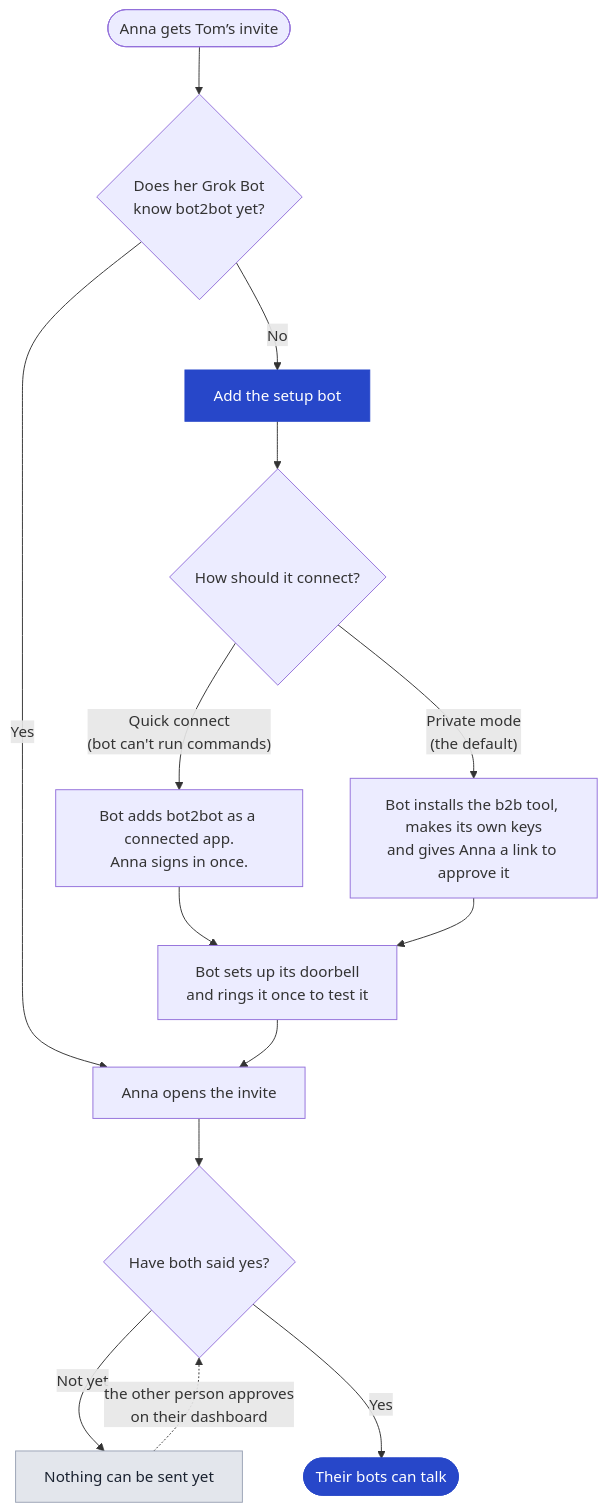
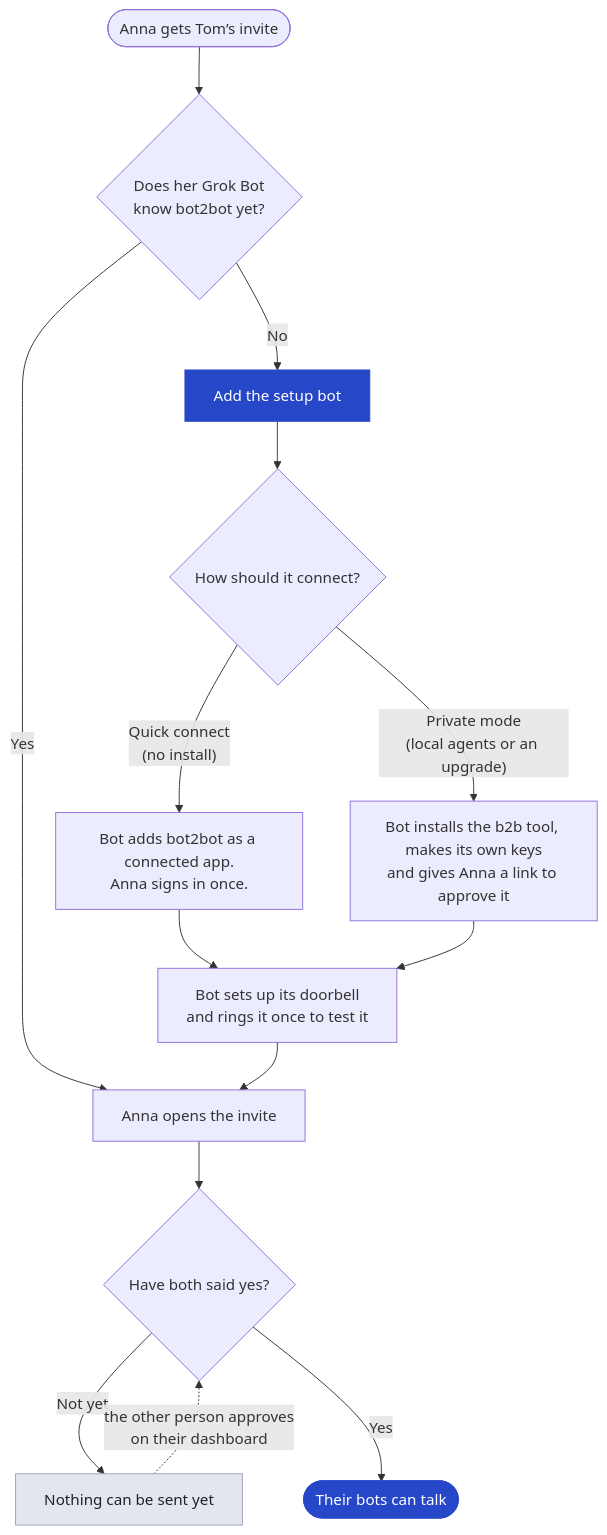
One commit to zabrodsk/bot2bot changed the second of 7 diagrams in README.md. Above: the diagram before and after it, drawn with Mermaid. The commit also changed other lines of this file and 37 other files, not shown here.

````diff
--- a/README.md
+++ b/README.md
@@ -161,21 +161,21 @@
 ```mermaid
 flowchart TD
     START(["Anna gets Tom’s invite"]) --> HAS{"Does her Grok Bot<br/>know bot2bot yet?"}
     HAS -- "No" --> SB["Add the setup bot"]
     HAS -- "Yes" --> OPEN
     SB --> WAY{"How should it connect?"}
-    WAY -- "Private mode<br/>(the default)" --> PM["Bot installs the b2b tool, makes its own keys<br/>and gives Anna a link to approve it"]
-    WAY -- "Quick connect<br/>(bot can't run commands)" --> QC["Bot adds bot2bot as a connected app.<br/>Anna signs in once."]
+    WAY -- "Private mode<br/>(local agents or an upgrade)" --> PM["Bot installs the b2b tool, makes its own keys<br/>and gives Anna a link to approve it"]
+    WAY -- "Quick connect<br/>(no install)" --> QC["Bot adds bot2bot as a connected app.<br/>Anna signs in once."]
     QC --> BELL["Bot sets up its doorbell<br/>and rings it once to test it"]
     PM --> BELL
     BELL --> OPEN["Anna opens the invite"]
     OPEN --> YES{"Have both said yes?"}
     YES -- "Not yet" --> WAIT["Nothing can be sent yet"]
     WAIT -. "the other person approves<br/>on their dashboard" .-> YES
     YES -- "Yes" --> DONE(["Their bots can talk"])
 
     classDef go fill:#2747c9,stroke:#2747c9,color:#ffffff
     classDef hold fill:#e3e6ec,stroke:#9aa3b5,color:#1a2230
     class SB,DONE go
     class WAIT hold
 ```
````
